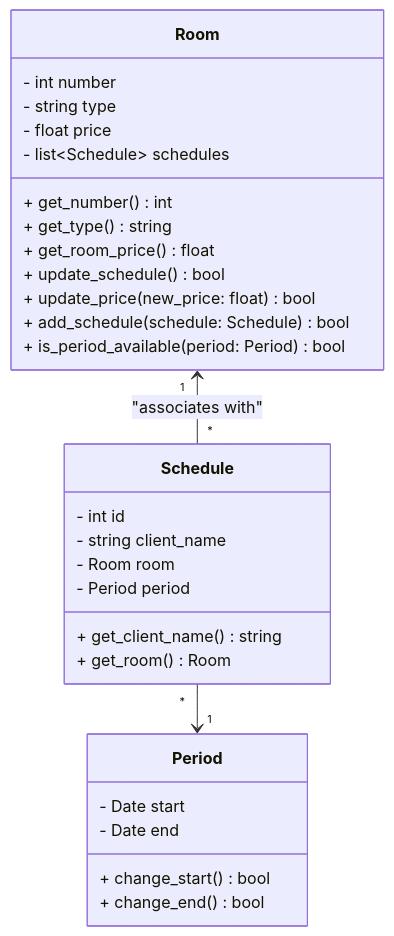
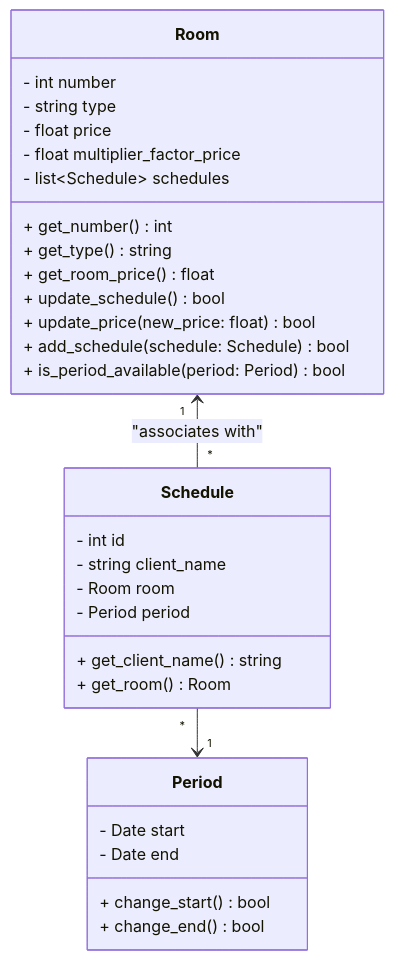
Before and after one commit to PedroLuisDionisioFraga/poetry-and-pytest-usage: the diagram in README.md, drawn with Mermaid. The commit also changed 6 other files, not shown here.

````diff
--- a/README.md
+++ b/README.md
@@ -15,35 +15,36 @@
 ```mermaid
 classDiagram
     class Room {
         - int number
         - string type
         - float price
+        - float multiplier_factor_price
         - list~Schedule~ schedules
         + get_number() int
         + get_type() string
         + get_room_price() float
         + update_schedule() bool
         + update_price(new_price: float) bool
         + add_schedule(schedule: Schedule) bool
         + is_period_available(period: Period) bool
     }
 
     class Schedule {
         - int id
         - string client_name
         - Room room
         - Period period
         + get_client_name() string
         + get_room() Room
     }
 
     class Period {
         - Date start
         - Date end
         + change_start() bool
         + change_end() bool
     }
 
     Room "1" <-- "*" Schedule : "associates with"
     Schedule "*" --> "1" Period
 ```
````
